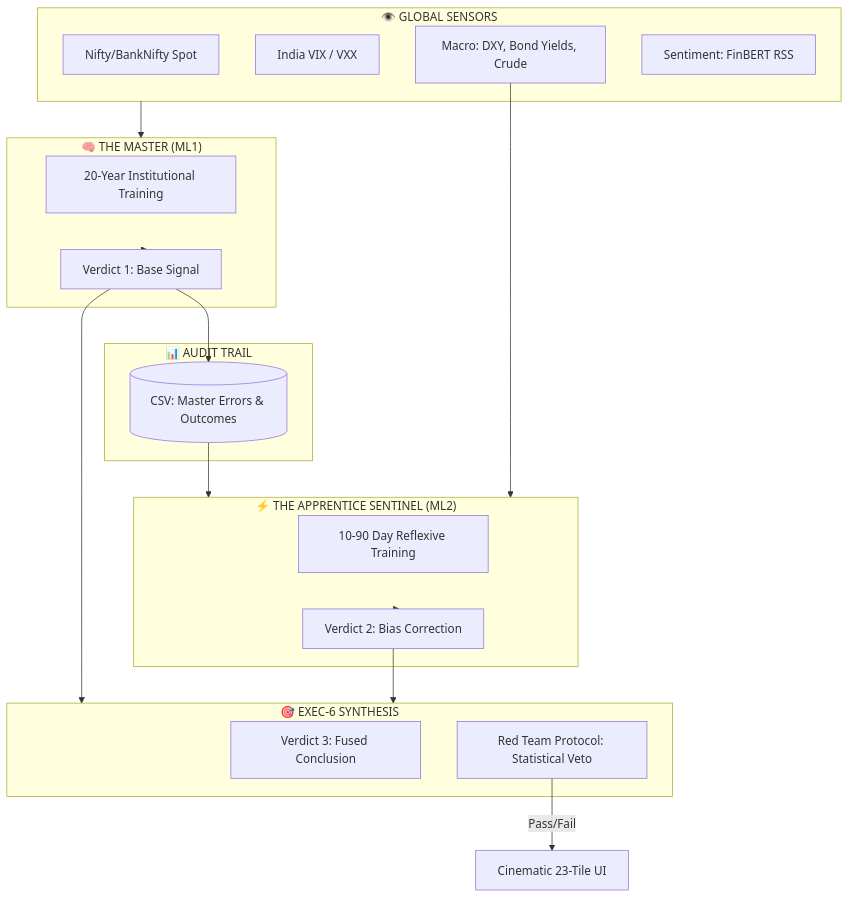
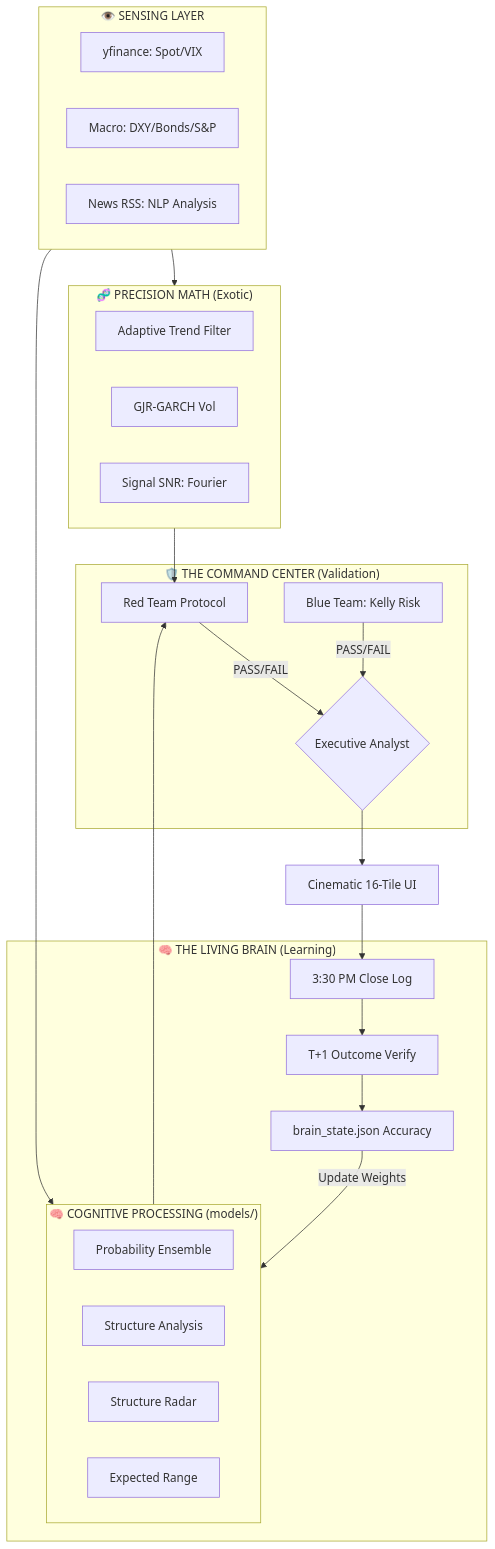
Before and after one commit to pravindev666/Tradyx-Aleph: the diagram in README.md, drawn with Mermaid. The commit also changed other lines of this file, not shown here.

````diff
--- a/README.md
+++ b/README.md
@@ -38,37 +47,41 @@
 ```mermaid
 flowchart TB
-    subgraph INPUTS["👁️ GLOBAL SENSORS"]
-        SPOT[Nifty/BankNifty Spot]
-        VIX[India VIX / VXX]
-        MACRO[Macro: DXY, Bond Yields, Crude]
-        SENT[Sentiment: FinBERT RSS]
+    subgraph SENSES["👁️ SENSING LAYER"]
+        YF[yfinance: Spot/VIX]
+        MACRO[Macro: DXY/Bonds/S&P]
+        RSS[News RSS: NLP Analysis]
     end
 
-    subgraph MASTER_BRAIN["🧠 THE MASTER (ML1)"]
-        DNA[20-Year Institutional Training]
-        V1[Verdict 1: Base Signal]
+    subgraph BRAIN["🧠 COGNITIVE PROCESSING (models/)"]
+        direction LR
+        RF["Probability Ensemble"]
+        GB["Structure Analysis"]
+        AE["Structure Radar"]
+        QR["Expected Range"]
     end
 
-    subgraph ERROR_LOGS["📊 AUDIT TRAIL"]
-        LOGS[(CSV: Master Errors & Outcomes)]
+    subgraph MATH["🧬 PRECISION MATH (Exotic)"]
+        JKF[Adaptive Trend Filter]
+        GJR[GJR-GARCH Vol]
+        FOUR[Signal SNR: Fourier]
     end
 
-    subgraph SENTINEL_BRAIN["⚡ THE APPRENTICE SENTINEL (ML2)"]
-        REFLEX[10-90 Day Reflexive Training]
-        V2[Verdict 2: Bias Correction]
+    subgraph VETO["🛡️ THE COMMAND CENTER (Validation)"]
+        RT[Red Team Protocol]
+        Blue[Blue Team: Kelly Risk]
+        RT & Blue -->|PASS/FAIL| LOGIC{Executive Analyst}
     end
 
-    subgraph SYNTHESIS["🎯 EXEC-6 SYNTHESIS"]
-        V3[Verdict 3: Fused Conclusion]
-        RT[Red Team Protocol: Statistical Veto]
+    subgraph FEEDBACK["🧠 THE LIVING BRAIN (Learning)"]
+        LOG[3:30 PM Close Log]
+        VER[T+1 Outcome Verify]
+        LEARN[brain_state.json Accuracy]
+        VER --> LEARN -->|Update Weights| BRAIN
     end
 
-    INPUTS --> MASTER_BRAIN
-    MASTER_BRAIN --> V1
-    V1 --> LOGS
-    LOGS --> SENTINEL_BRAIN
-    SENTINEL_BRAIN --> V2
-    V1 & V2 --> SYNTHESIS
-    MACRO --> SENTINEL_BRAIN
-    RT -->|Pass/Fail| OUTPUT[Cinematic 23-Tile UI]
+    SENSES --> MATH & BRAIN
+    MATH & BRAIN --> RT
+    LOGIC --> UI["Cinematic 16-Tile UI"]
+    UI --> LOG
+    LOG --> VER
 ```
````
